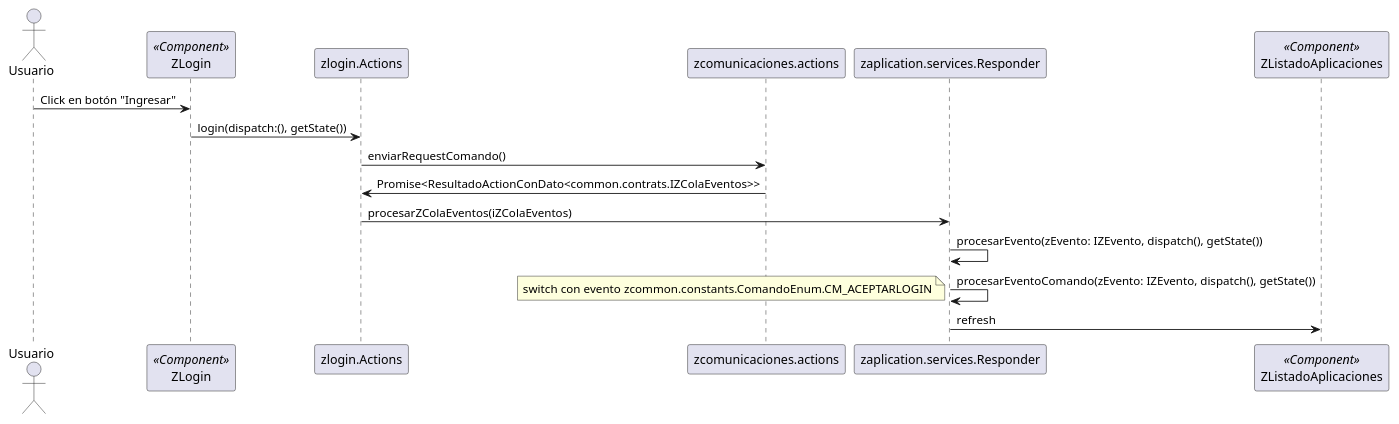
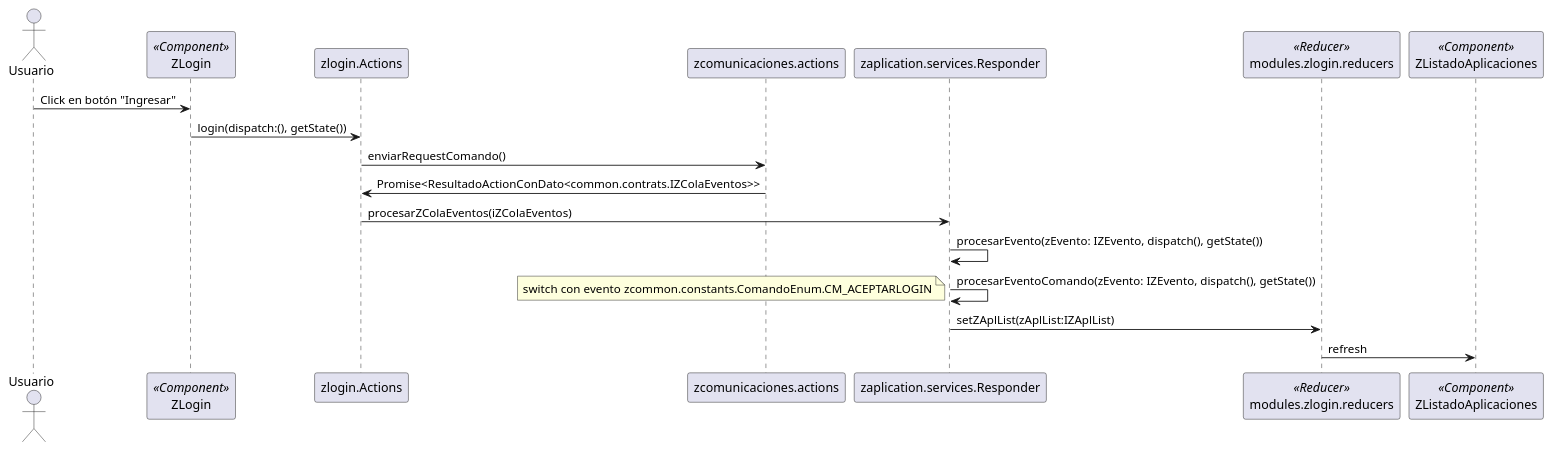
One commit to ceriosp/azenweb changed the diagram in docs/zlogin/sequence.wsd. Above: the diagram before and after it, drawn with PlantUML.

Commit message:
set zaplList in zlogin reducer.

```diff
--- a/docs/zlogin/sequence.wsd
+++ b/docs/zlogin/sequence.wsd
@@ -1,17 +1,19 @@
 @startuml
 
 actor Usuario
 participant ZLogin <<Component>>
-
 Usuario -> ZLogin: Click en botón "Ingresar"
 ZLogin -> zlogin.Actions: login(dispatch:(), getState())
 zlogin.Actions -> zcomunicaciones.actions: enviarRequestComando()
 zcomunicaciones.actions -> zlogin.Actions: Promise<ResultadoActionConDato<common.contrats.IZColaEventos>>
 zlogin.Actions -> zaplication.services.Responder:procesarZColaEventos(iZColaEventos)
 zaplication.services.Responder -> zaplication.services.Responder: procesarEvento(zEvento: IZEvento, dispatch(), getState())
 zaplication.services.Responder -> zaplication.services.Responder: procesarEventoComando(zEvento: IZEvento, dispatch(), getState())
 note left: switch con evento zcommon.constants.ComandoEnum.CM_ACEPTARLOGIN
+
+participant modules.zlogin.reducers <<Reducer>>
+zaplication.services.Responder -> modules.zlogin.reducers: setZAplList(zAplList:IZAplList)
 participant ZListadoAplicaciones <<Component>>
-zaplication.services.Responder -> ZListadoAplicaciones: refresh
+modules.zlogin.reducers -> ZListadoAplicaciones: refresh
 
 @enduml
```
